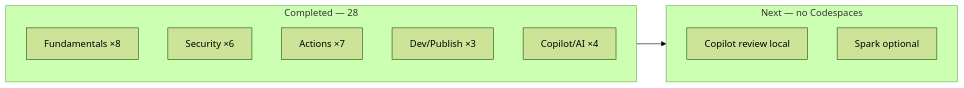
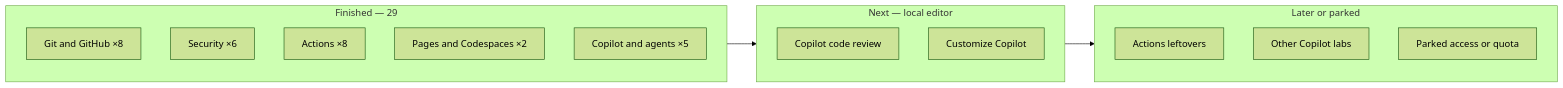
One commit to blackhebrewisraeli/github-skills-journey changed the diagram in ROADMAP.md. Above: the diagram before and after it, drawn with Mermaid (forest theme). The commit also changed other lines of this file and 3 other files, not shown here.

First line of the commit message:
Rebuild the repo as a personal GitHub Skills practice tracker.

````diff
--- a/ROADMAP.md
+++ b/ROADMAP.md
@@ -11,15 +11,21 @@
 ```mermaid
 flowchart LR
-    subgraph done [Completed — 28]
-        F[Fundamentals ×8]
+    subgraph done [Finished — 29]
+        G[Git and GitHub ×8]
         S[Security ×6]
-        A[Actions ×7]
-        D[Dev/Publish ×3]
-        C[Copilot/AI ×4]
+        A[Actions ×8]
+        P[Pages and Codespaces ×2]
+        C[Copilot and agents ×5]
     end
-    subgraph next [Next — no Codespaces]
-        CR[Copilot review local]
-        SP[Spark optional]
+    subgraph next [Next — local editor]
+        CR[Copilot code review]
+        CU[Customize Copilot]
+    end
+    subgraph later [Later or parked]
+        QA[Actions leftovers]
+        AI[Other Copilot labs]
+        PR[Parked access or quota]
     end
     done --> next
+    next --> later
 ```
````
